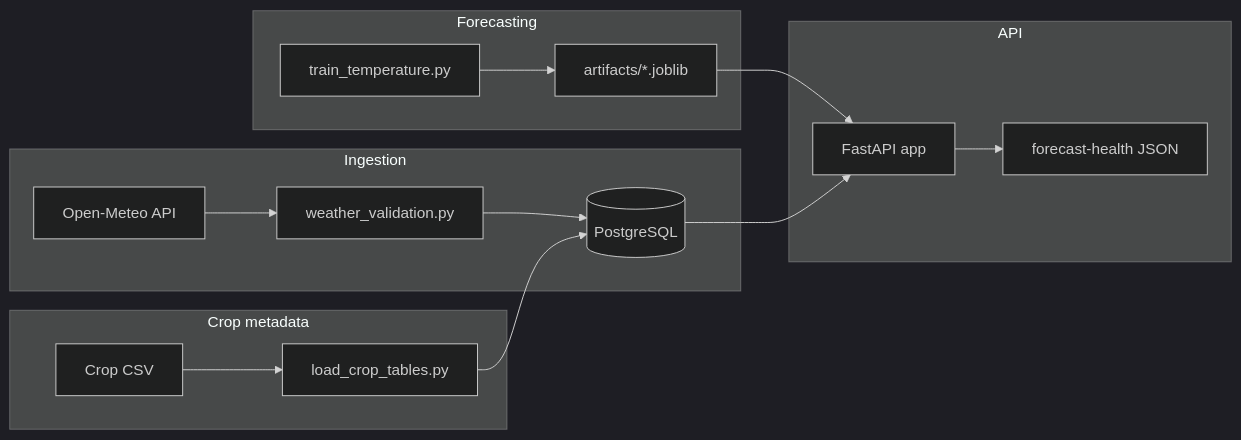
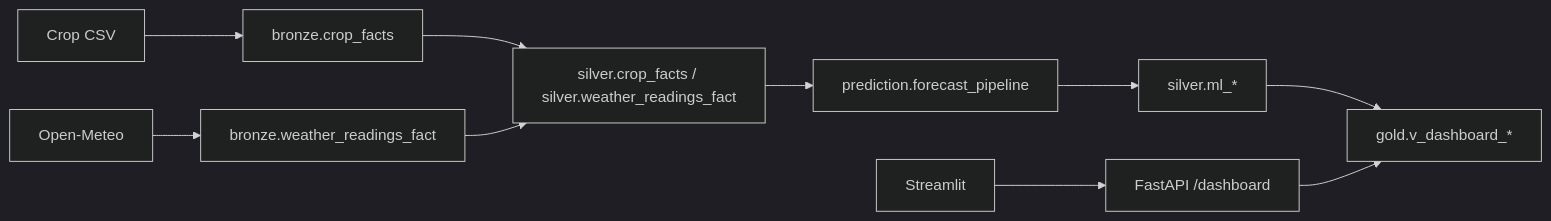
The diagram in README.md (rohazubair/cropguard), drawn with Mermaid (dark theme) before and after one commit. The commit also changed other lines of this file and 36 other files, not shown here.

````diff
--- a/README.md
+++ b/README.md
@@ -14,25 +14,12 @@
 ```mermaid
 flowchart LR
-    subgraph ingest [Ingestion]
-        OM[Open-Meteo API]
-        WV[weather_validation.py]
-        DB[(PostgreSQL)]
-        OM --> WV --> DB
-    end
-    subgraph crops [Crop metadata]
-        CSV[Crop CSV]
-        LT[load_crop_tables.py]
-        CSV --> LT --> DB
-    end
-    subgraph ml [Forecasting]
-        TR[train_temperature.py]
-        ART[artifacts/*.joblib]
-        TR --> ART
-    end
-    subgraph api [API]
-        FA[FastAPI app]
-        ART --> FA
-        DB --> FA
-        FA --> H[forecast-health JSON]
-    end
+    CSV[Crop CSV] --> Bronze[bronze.crop_facts]
+    OM[Open-Meteo] --> BronzeW[bronze.weather_readings_fact]
+    Bronze --> Silver[silver.crop_facts / silver.weather_readings_fact]
+    BronzeW --> Silver
+    Silver --> ML[prediction.forecast_pipeline]
+    ML --> SilverML[silver.ml_*]
+    SilverML --> Gold[gold.v_dashboard_*]
+    API[FastAPI /dashboard] --> Gold
+    ST[Streamlit] --> API
 ```
````
